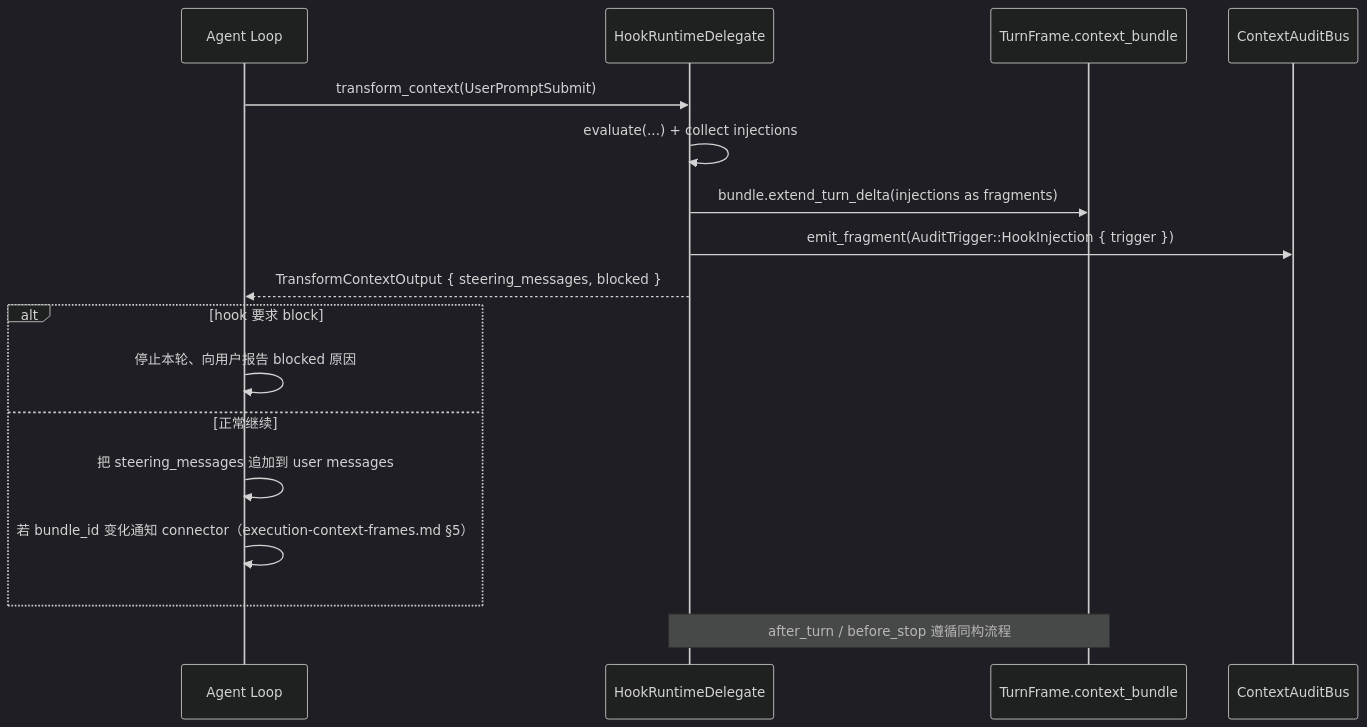
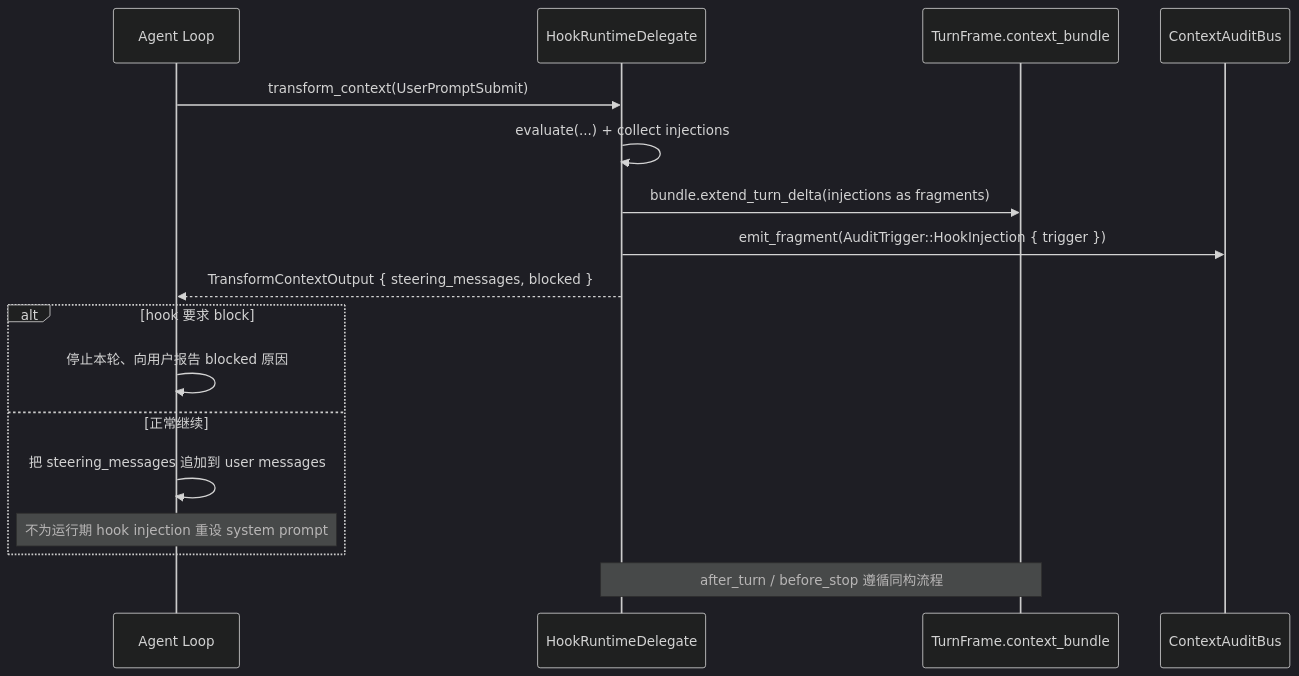
One commit to syan2018/AgentDash changed the second of 2 diagrams in .trellis/spec/backend/session/bundle-main-datasource.md. Above: the diagram before and after it, drawn with Mermaid (dark theme). The commit also changed other lines of this file and 14 other files, not shown here.

Commit message:
fix(workflow): 修复 Agent 工具与 Hook 动态注入热更新

````diff
--- a/.trellis/spec/backend/session/bundle-main-datasource.md
+++ b/.trellis/spec/backend/session/bundle-main-datasource.md
@@ -301,22 +308,22 @@
 ```mermaid
 sequenceDiagram
     participant Agent as Agent Loop
     participant Delegate as HookRuntimeDelegate
     participant Bundle as TurnFrame.context_bundle
     participant Audit as ContextAuditBus
 
     Agent->>Delegate: transform_context(UserPromptSubmit)
     Delegate->>Delegate: evaluate(...) + collect injections
     Delegate->>Bundle: bundle.extend_turn_delta(injections as fragments)
     Delegate->>Audit: emit_fragment(AuditTrigger::HookInjection { trigger })
     Delegate-->>Agent: TransformContextOutput { steering_messages, blocked }
 
     alt hook 要求 block
         Agent->>Agent: 停止本轮、向用户报告 blocked 原因
     else 正常继续
         Agent->>Agent: 把 steering_messages 追加到 user messages
-        Agent->>Agent: 若 bundle_id 变化通知 connector（execution-context-frames.md §5）
+        Note over Agent: 不为运行期 hook injection 重设 system prompt
     end
 
     Note over Delegate,Bundle: after_turn / before_stop 遵循同构流程
 ```
````
